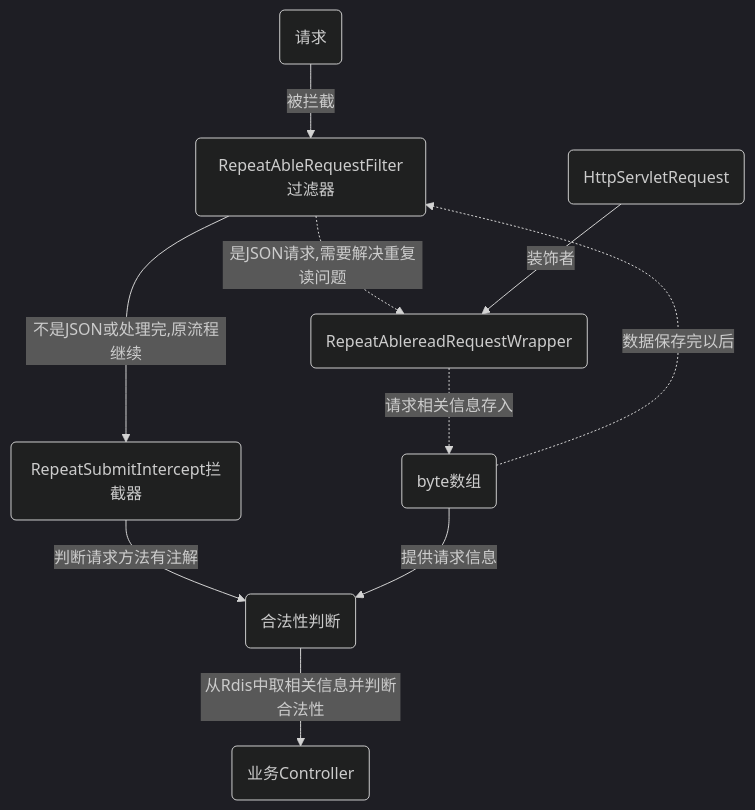
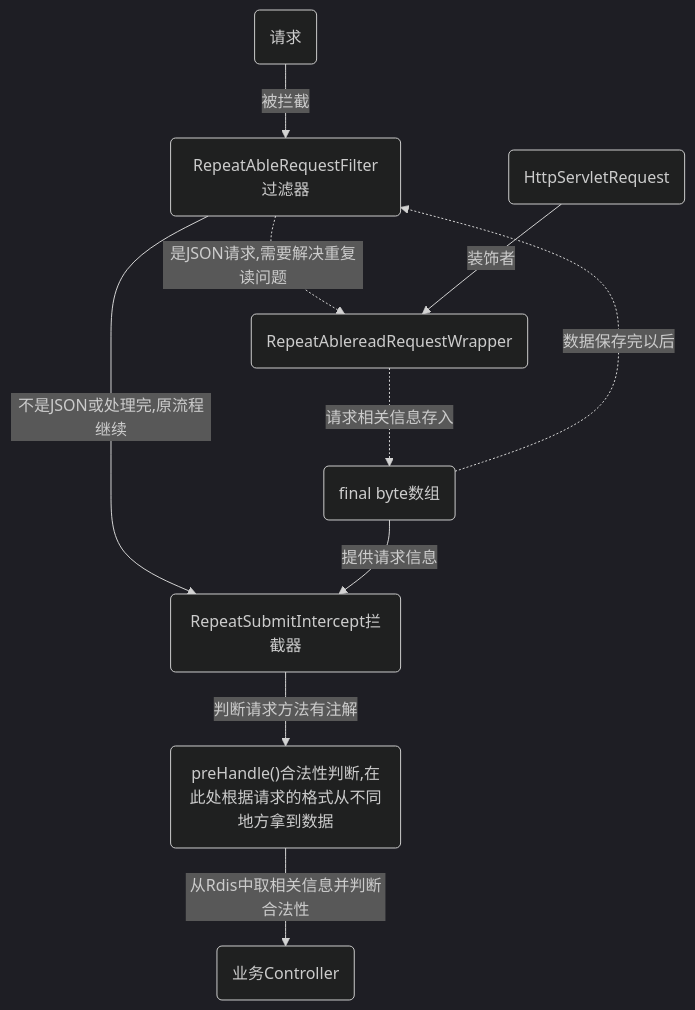
One commit to wangxy98c/JavaJobRecord changed the second of 5 diagrams in RECORD.md. Above: the diagram before and after it, drawn with Mermaid (dark theme). The commit also changed other lines of this file and 17 other files, not shown here.

````diff
--- a/RECORD.md
+++ b/RECORD.md
@@ -850,9 +849,10 @@
 ```mermaid
 flowchart 
 A(请求) --被拦截--> D(RepeatAbleRequestFilter过滤器)-.是JSON请求,需要解决重复读问题.->C
-C(RepeatAblereadRequestWrapper)-.请求相关信息存入.-> F(byte数组)
+C(RepeatAblereadRequestWrapper)-.请求相关信息存入.-> F(final byte数组)
 B(HttpServletRequest)--装饰者--> C
 F-."数据保存完以后".-> D --不是JSON或处理完,原流程继续--> E(RepeatSubmitIntercept拦截器)
-E--判断请求方法有注解--> G(合法性判断)
-F--提供请求信息-->G--从Rdis中取相关信息并判断合法性--> H(业务Controller)
+E--判断请求方法有注解--> G("preHandle()合法性判断",在此处根据请求的格式从不同地方拿到数据)
+F--提供请求信息-->E
+G--从Rdis中取相关信息并判断合法性--> H(业务Controller)
 ```
````
